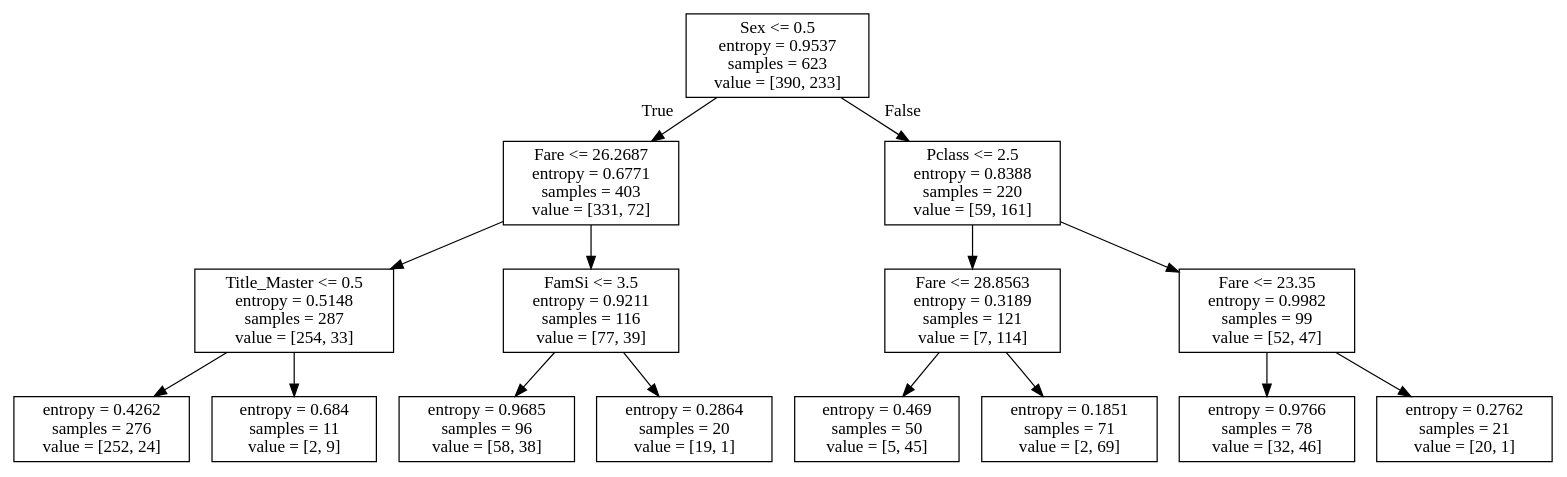
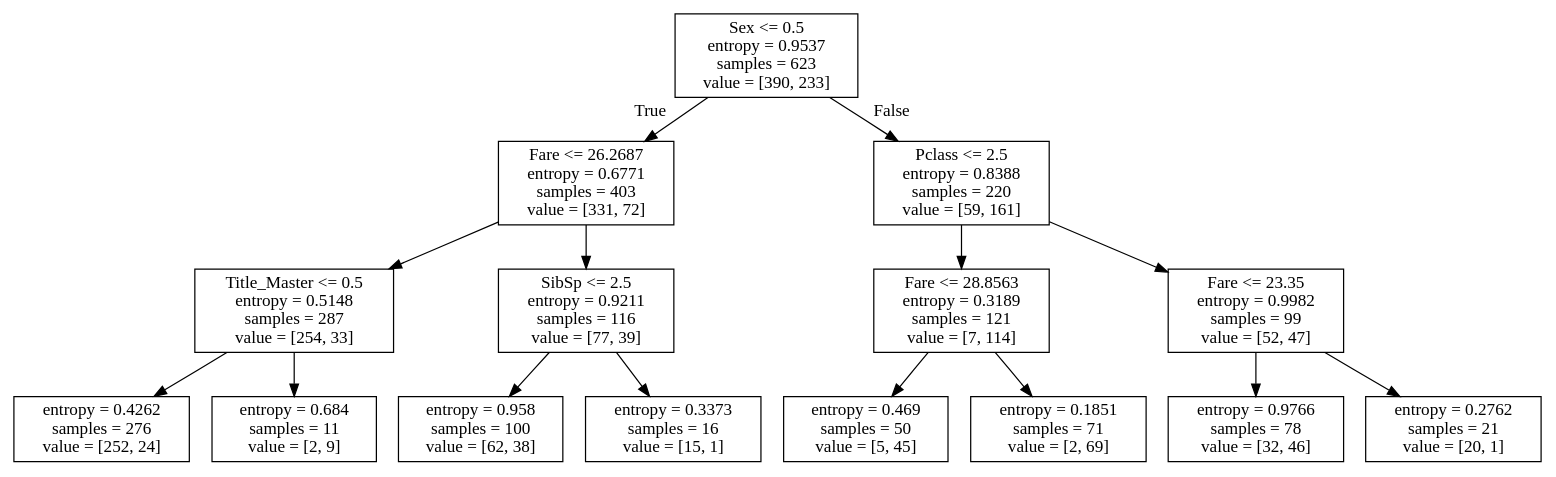
One commit to bhavesh0009/Titanic changed the diagram in treewithlargetrainfemsi.dot. Above: the diagram before and after it, drawn with Graphviz. The commit also changed 6 other files, not shown here.

```diff
--- a/treewithlargetrainfemsi.dot
+++ b/treewithlargetrainfemsi.dot
@@ -1,32 +1,32 @@
 digraph Tree {
 node [shape=box] ;
 0 [label="Sex <= 0.5\nentropy = 0.9537\nsamples = 623\nvalue = [390, 233]"] ;
 1 [label="Fare <= 26.2687\nentropy = 0.6771\nsamples = 403\nvalue = [331, 72]"] ;
 0 -> 1 [labeldistance=2.5, labelangle=45, headlabel="True"] ;
 2 [label="Title_Master <= 0.5\nentropy = 0.5148\nsamples = 287\nvalue = [254, 33]"] ;
 1 -> 2 ;
 3 [label="entropy = 0.4262\nsamples = 276\nvalue = [252, 24]"] ;
 2 -> 3 ;
 4 [label="entropy = 0.684\nsamples = 11\nvalue = [2, 9]"] ;
 2 -> 4 ;
-5 [label="FamSi <= 3.5\nentropy = 0.9211\nsamples = 116\nvalue = [77, 39]"] ;
+5 [label="SibSp <= 2.5\nentropy = 0.9211\nsamples = 116\nvalue = [77, 39]"] ;
 1 -> 5 ;
-6 [label="entropy = 0.9685\nsamples = 96\nvalue = [58, 38]"] ;
+6 [label="entropy = 0.958\nsamples = 100\nvalue = [62, 38]"] ;
 5 -> 6 ;
-7 [label="entropy = 0.2864\nsamples = 20\nvalue = [19, 1]"] ;
+7 [label="entropy = 0.3373\nsamples = 16\nvalue = [15, 1]"] ;
 5 -> 7 ;
 8 [label="Pclass <= 2.5\nentropy = 0.8388\nsamples = 220\nvalue = [59, 161]"] ;
 0 -> 8 [labeldistance=2.5, labelangle=-45, headlabel="False"] ;
 9 [label="Fare <= 28.8563\nentropy = 0.3189\nsamples = 121\nvalue = [7, 114]"] ;
 8 -> 9 ;
 10 [label="entropy = 0.469\nsamples = 50\nvalue = [5, 45]"] ;
 9 -> 10 ;
 11 [label="entropy = 0.1851\nsamples = 71\nvalue = [2, 69]"] ;
 9 -> 11 ;
 12 [label="Fare <= 23.35\nentropy = 0.9982\nsamples = 99\nvalue = [52, 47]"] ;
 8 -> 12 ;
 13 [label="entropy = 0.9766\nsamples = 78\nvalue = [32, 46]"] ;
 12 -> 13 ;
 14 [label="entropy = 0.2762\nsamples = 21\nvalue = [20, 1]"] ;
 12 -> 14 ;
 }
```
